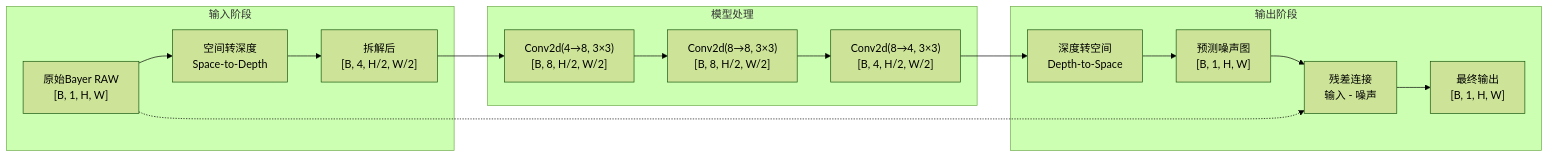
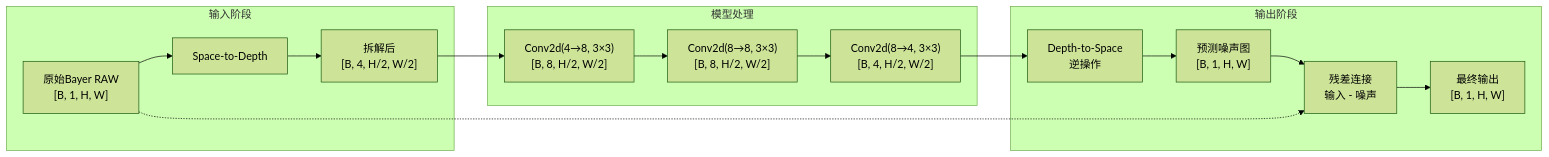
Before and after one commit to bluhuang/blogs-of-bluhuang: the first of 3 diagrams in content/AI/4 深度学习/2.3 Bayer RAW图像的特殊处理.md, drawn with Mermaid (forest theme). The commit also changed other lines of this file and 58 other files, not shown here.

````diff
--- a/content/AI/4 深度学习/2.3 Bayer RAW图像的特殊处理.md
+++ b/content/AI/4 深度学习/2.3 Bayer RAW图像的特殊处理.md
@@ -116,28 +117,28 @@
 ```mermaid
 flowchart LR
     subgraph 输入阶段
         RAW["原始Bayer RAW<br/>[B, 1, H, W]"]
-        S2D["空间转深度<br/>Space-to-Depth"]
+        S2D["Space-to-Depth"]
         F4["拆解后<br/>[B, 4, H/2, W/2]"]
     end
     
     subgraph 模型处理
         C1["Conv2d(4→8, 3×3)<br/>[B, 8, H/2, W/2]"]
         C2["Conv2d(8→8, 3×3)<br/>[B, 8, H/2, W/2]"]
         C3["Conv2d(8→4, 3×3)<br/>[B, 4, H/2, W/2]"]
     end
     
     subgraph 输出阶段
-        D2S["深度转空间<br/>Depth-to-Space"]
+        D2S["Depth-to-Space<br/>逆操作"]
         OUT["预测噪声图<br/>[B, 1, H, W]"]
         SUB["残差连接<br/>输入 - 噪声"]
         FINAL["最终输出<br/>[B, 1, H, W]"]
     end
     
     RAW --> S2D --> F4
     F4 --> C1 --> C2 --> C3
     C3 --> D2S --> OUT
     OUT --> SUB
     RAW -.-> SUB
     SUB --> FINAL
 ```
````
